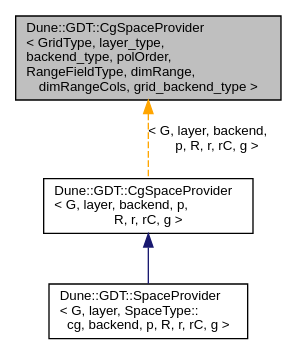
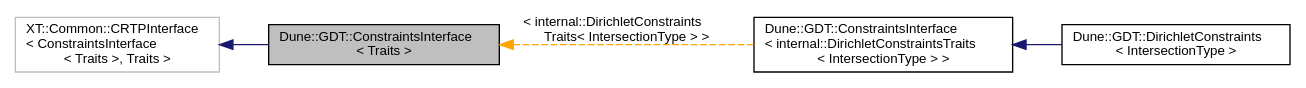
The diagram in docs/dune-gdt/''/a02499.dot (dune-community/dune-community.github.io), drawn with Graphviz before and after one commit. The commit also changed 2442 other files, not shown here.

Commit message:
Updated documentation for dune-gdt ''

```diff
--- a/docs/dune-gdt/''/a02499.dot
+++ b/docs/dune-gdt/''/a02499.dot
@@ -1,10 +1,13 @@
-digraph "Dune::GDT::CgSpaceProvider&lt; GridType, layer_type, backend_type, polOrder, RangeFieldType, dimRange, dimRangeCols, grid_backend_type &gt;"
+digraph "Dune::GDT::ConstraintsInterface&lt; Traits &gt;"
 {
   edge [fontname="Helvetica",fontsize="10",labelfontname="Helvetica",labelfontsize="10"];
   node [fontname="Helvetica",fontsize="10",shape=record];
-  Node0 [label="Dune::GDT::CgSpaceProvider\l\< GridType, layer_type,\l backend_type, polOrder,\l RangeFieldType, dimRange,\l dimRangeCols, grid_backend_type \>",height=0.2,width=0.4,color="black", fillcolor="grey75", style="filled", fontcolor="black"];
-  Node0 -> Node1 [dir="back",color="orange",fontsize="10",style="dashed",label=" \< G, layer, backend,\l p, R, r, rC, g \>" ,fontname="Helvetica"];
-  Node1 [label="Dune::GDT::CgSpaceProvider\l\< G, layer, backend, p,\l R, r, rC, g \>",height=0.2,width=0.4,color="black", fillcolor="white", style="filled",URL="$a02500.html"];
-  Node1 -> Node2 [dir="back",color="midnightblue",fontsize="10",style="solid",fontname="Helvetica"];
-  Node2 [label="Dune::GDT::SpaceProvider\l\< G, layer, SpaceType::\lcg, backend, p, R, r, rC, g \>",height=0.2,width=0.4,color="black", fillcolor="white", style="filled",URL="$a02952.html"];
+  rankdir="LR";
+  Node0 [label="Dune::GDT::ConstraintsInterface\l\< Traits \>",height=0.2,width=0.4,color="black", fillcolor="grey75", style="filled", fontcolor="black"];
+  Node1 -> Node0 [dir="back",color="midnightblue",fontsize="10",style="solid",fontname="Helvetica"];
+  Node1 [label="XT::Common::CRTPInterface\l\< ConstraintsInterface\l\< Traits \>, Traits \>",height=0.2,width=0.4,color="grey75", fillcolor="white", style="filled"];
+  Node0 -> Node2 [dir="back",color="orange",fontsize="10",style="dashed",label=" \< internal::DirichletConstraints\lTraits\< IntersectionType \> \>" ,fontname="Helvetica"];
+  Node2 [label="Dune::GDT::ConstraintsInterface\l\< internal::DirichletConstraintsTraits\l\< IntersectionType \> \>",height=0.2,width=0.4,color="black", fillcolor="white", style="filled",URL="$a02500.html"];
+  Node2 -> Node3 [dir="back",color="midnightblue",fontsize="10",style="solid",fontname="Helvetica"];
+  Node3 [label="Dune::GDT::DirichletConstraints\l\< IntersectionType \>",height=0.2,width=0.4,color="black", fillcolor="white", style="filled",URL="$a02504.html"];
 }
```
